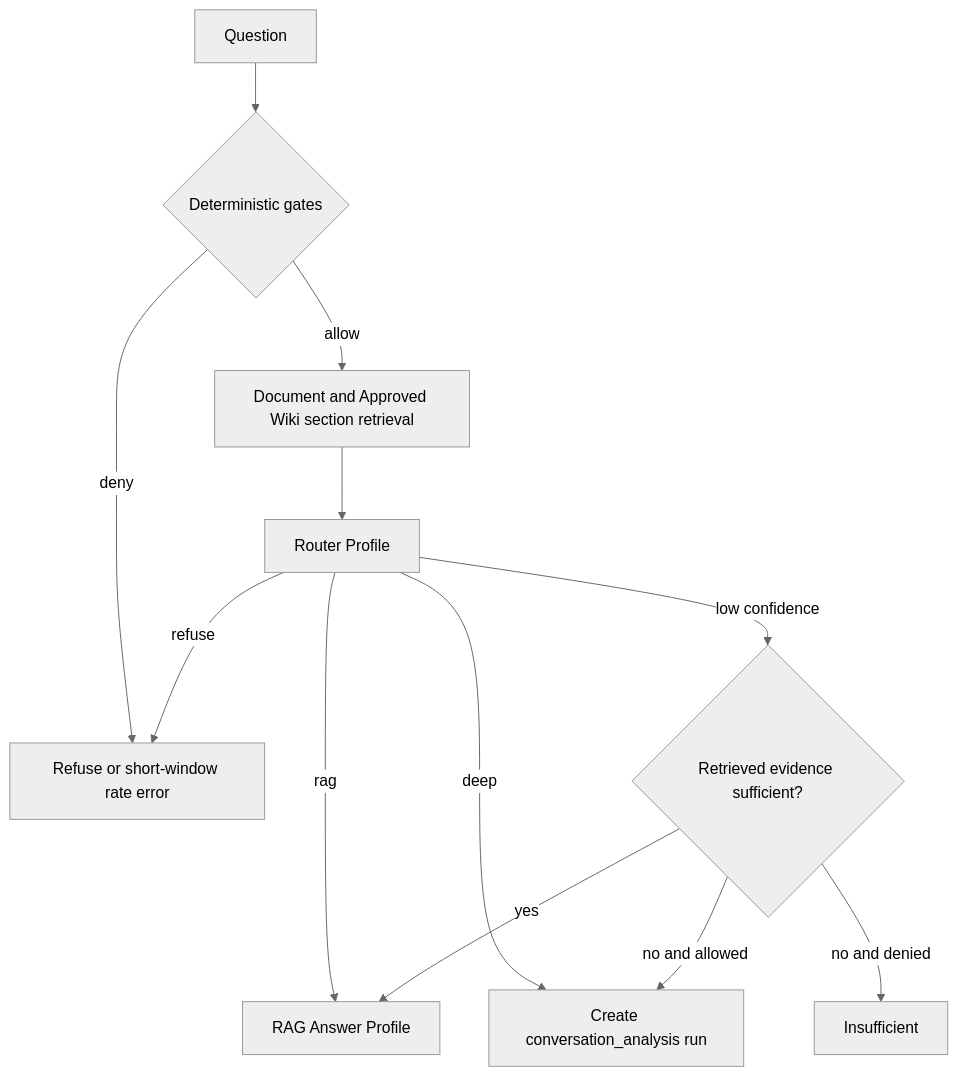
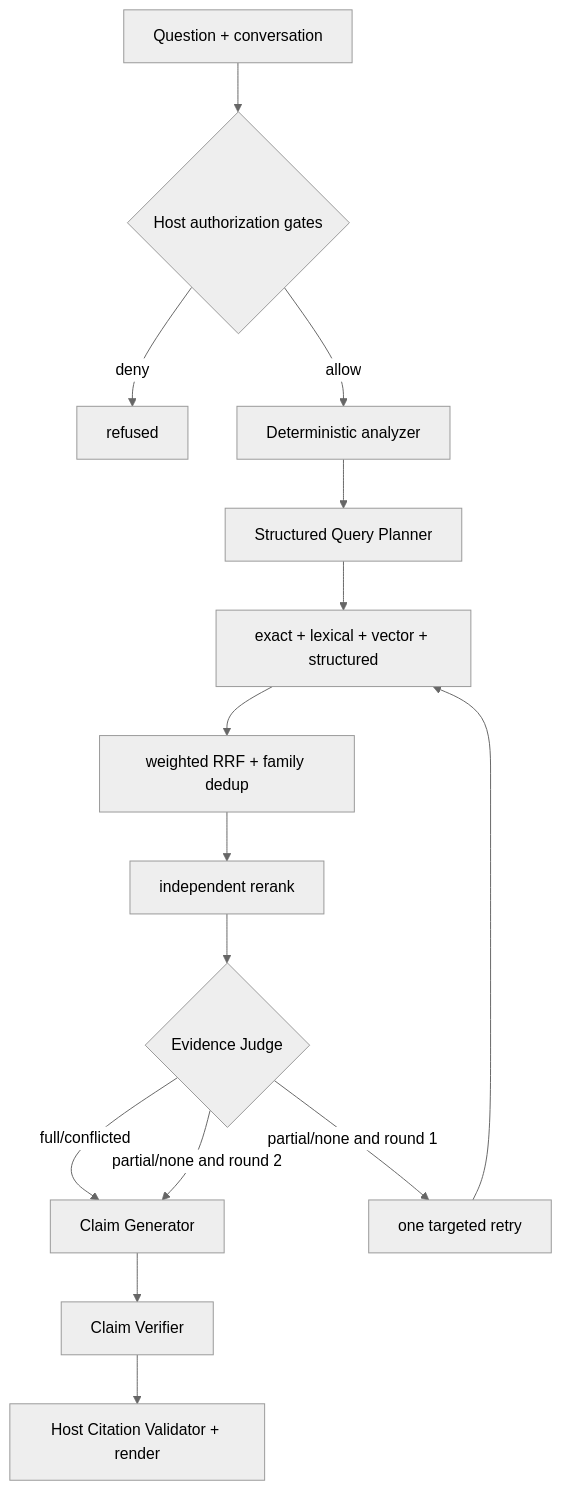
The third of 3 diagrams in docs/architecture/DESIGN-005.md (monshunter/askme), drawn with Mermaid (neutral theme) before and after one commit. The commit also changed other lines of this file and 77 other files, not shown here.

````diff
--- a/docs/architecture/DESIGN-005.md
+++ b/docs/architecture/DESIGN-005.md
@@ -206,14 +183,17 @@
 ```mermaid
 flowchart TD
-  Q["Question"] --> G{"Deterministic gates"}
-  G -->|deny| X["Refuse or short-window rate error"]
-  G -->|allow| R["Document and Approved Wiki section retrieval"]
-  R --> L["Router Profile"]
-  L -->|rag| A["RAG Answer Profile"]
-  L -->|deep| J["Create conversation_analysis run"]
-  L -->|refuse| X
-  L -->|low confidence| T{"Retrieved evidence sufficient?"}
-  T -->|yes| A
-  T -->|no and allowed| J
-  T -->|no and denied| I["Insufficient"]
+  Q["Question + conversation"] --> G{"Host authorization gates"}
+  G -->|deny| RF["refused"]
+  G -->|allow| DQ["Deterministic analyzer"]
+  DQ --> QP["Structured Query Planner"]
+  QP --> MR["exact + lexical + vector + structured"]
+  MR --> RRF["weighted RRF + family dedup"]
+  RRF --> RR["independent rerank"]
+  RR --> J{"Evidence Judge"}
+  J -->|full/conflicted| A["Claim Generator"]
+  J -->|partial/none and round 1| RET["one targeted retry"]
+  RET --> MR
+  J -->|partial/none and round 2| A
+  A --> V["Claim Verifier"]
+  V --> C["Host Citation Validator + render"]
 ```
````
